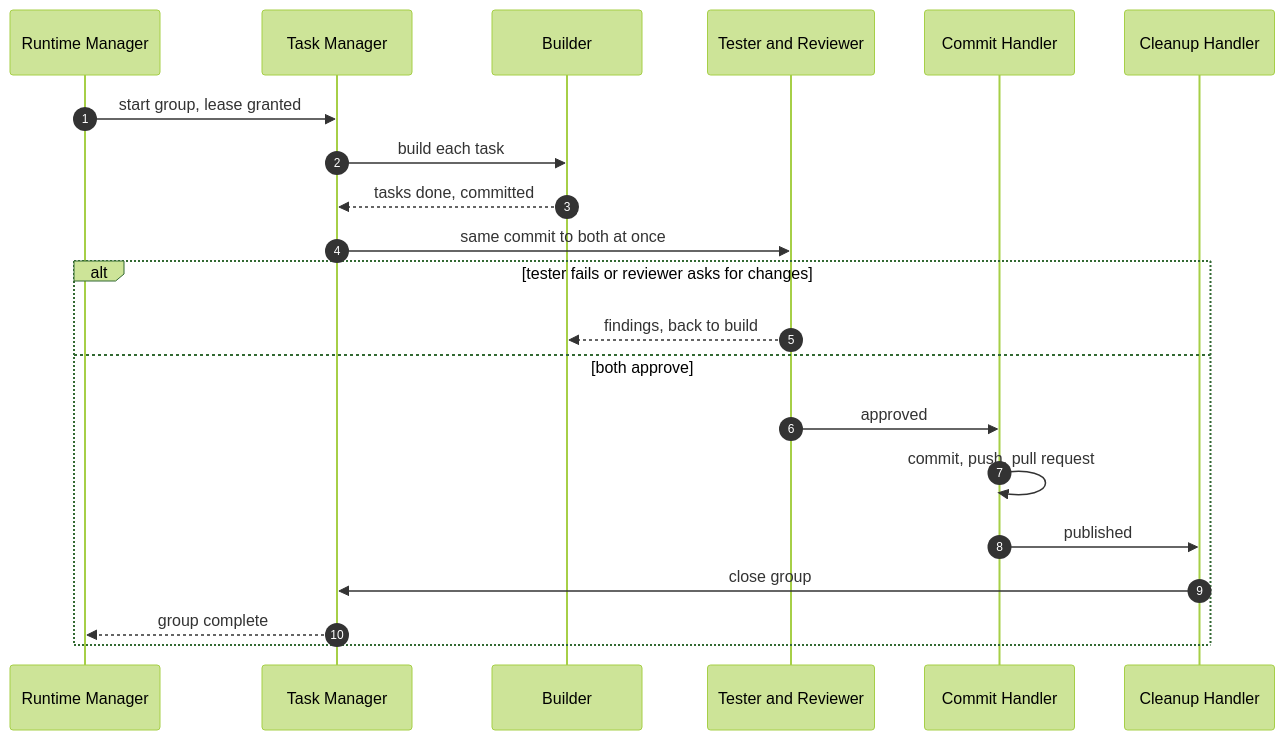
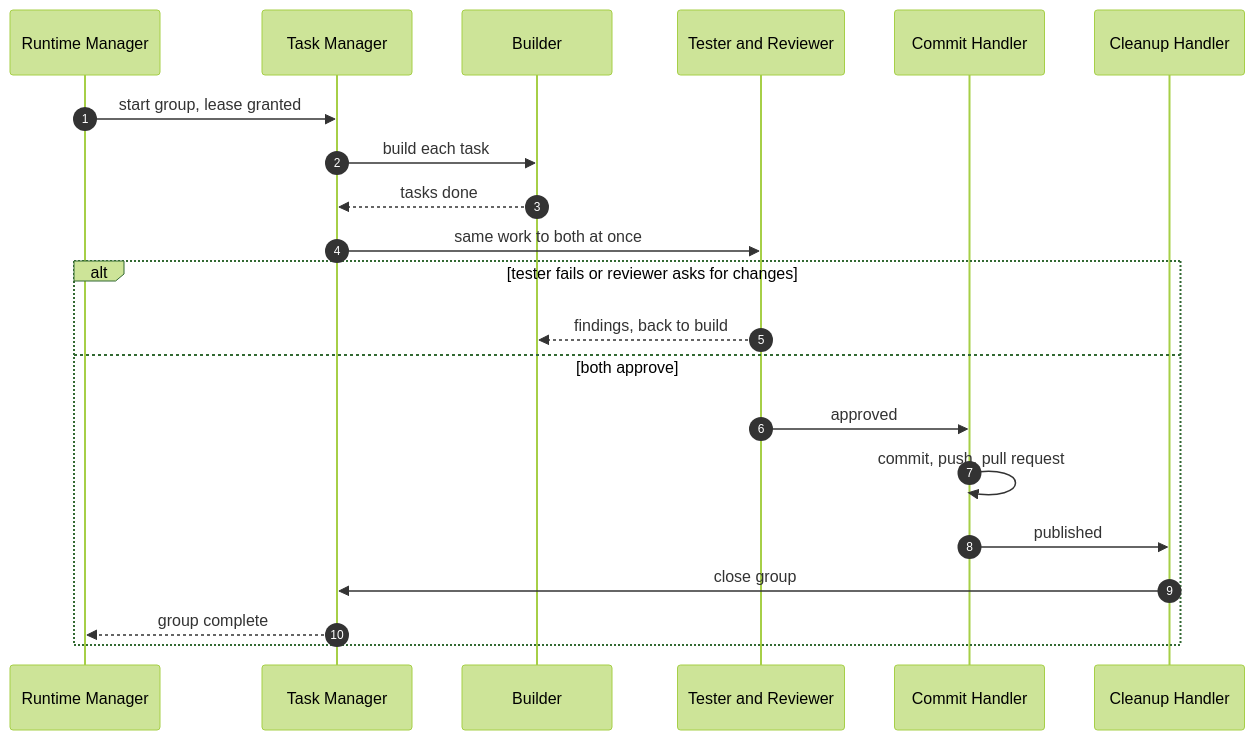
One commit to rdevitto86/komodo-agentic-harness-coding changed the fifth of 5 diagrams in docs/hld.md. Above: the diagram before and after it, drawn with Mermaid (forest theme). The commit also changed other lines of this file and 1 other file, not shown here.

Commit message:
docs: fix the final review's blockers so phase 2 can start from one contract
- The builder's work before approval is "the work under test", not a commit,
  until the owner answers G-220; Approval and Verdict compare trees
- TaskDone drops the stale Commit and Lines fields
- The Commit Handler renders its own pull request body; the Output Formatter
  no longer has PRBody (no undrawn edge, import order holds)
- One PrintError contract (fault.Printer), one CLI type with New(Deps)
- group.blocked is run-failure everywhere; every listed subtype has a struct
  or a RegisterEvents call; one event key per error subtype
- Stage and Reason owned by the State Manager chapter, one merged list
- Phase-2 versus later Configuration Manager checks stated; error subtypes map
  to faults; register intro names all 18 owner decisions
- Strict docs build: 238 pages; HLD 19.98 minutes

````diff
--- a/docs/hld.md
+++ b/docs/hld.md
@@ -257,23 +257,23 @@
 ```mermaid
 sequenceDiagram
   autonumber
   participant R as Runtime Manager
   participant T as Task Manager
   participant B as Builder
   participant Q as Tester and Reviewer
   participant C as Commit Handler
   participant U as Cleanup Handler
   R->>T: start group, lease granted
   T->>B: build each task
-  B-->>T: tasks done, committed
-  T->>Q: same commit to both at once
+  B-->>T: tasks done
+  T->>Q: same work to both at once
   alt tester fails or reviewer asks for changes
     Q-->>B: findings, back to build
   else both approve
     Q->>C: approved
     C->>C: commit, push, pull request
     C->>U: published
     U->>T: close group
     T-->>R: group complete
   end
 ```
````
